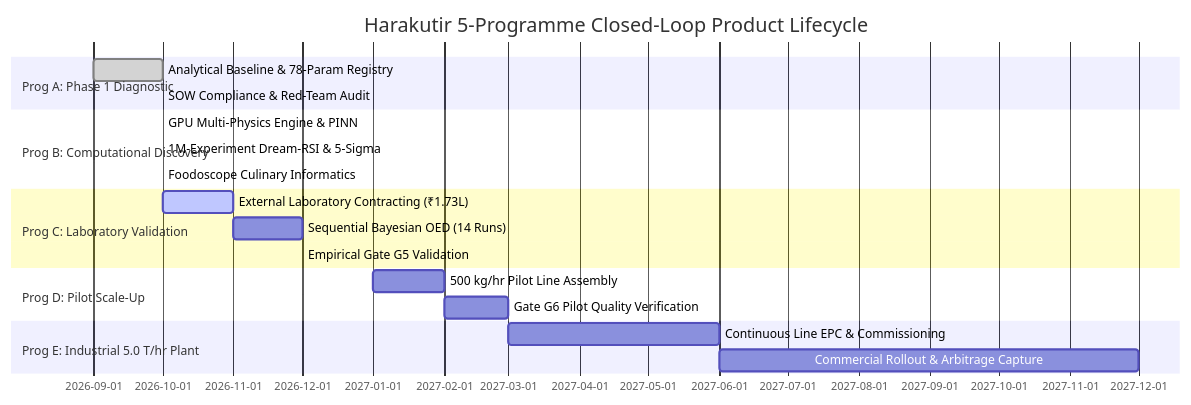
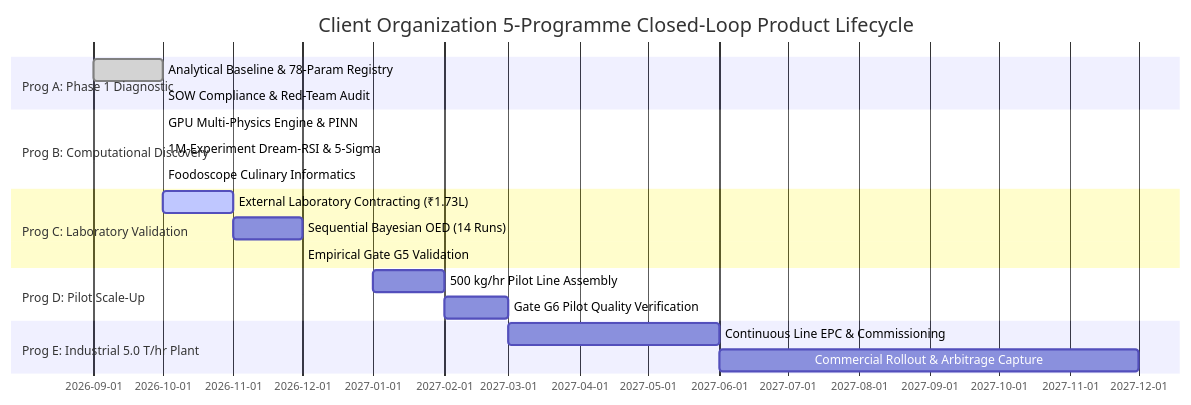
One commit to SourishSenapati/FinnoAQ changed the diagram in toor_dal_optimization/PROJECT_VISION.md. Above: the diagram before and after it, drawn with Mermaid. The commit also changed other lines of this file and 706 other files, not shown here.

````diff
--- a/toor_dal_optimization/PROJECT_VISION.md
+++ b/toor_dal_optimization/PROJECT_VISION.md
@@ -87,22 +87,22 @@
 ```mermaid
 gantt
-    title Harakutir 5-Programme Closed-Loop Product Lifecycle
+    title Client Organization 5-Programme Closed-Loop Product Lifecycle
     dateFormat  YYYY-MM
     section Prog A: Phase 1 Diagnostic
     Analytical Baseline & 78-Param Registry :done, progA1, 2026-09, 2026-10
     SOW Compliance & Red-Team Audit         :done, progA2, 2026-10, 2026-10
     section Prog B: Computational Discovery
     GPU Multi-Physics Engine & PINN         :done, progB1, 2026-10, 2026-10
     1M-Experiment Dream-RSI & 5-Sigma       :done, progB2, 2026-10, 2026-10
     Foodoscope Culinary Informatics         :done, progB3, 2026-10, 2026-10
     section Prog C: Laboratory Validation
     External Laboratory Contracting (₹1.73L):active, progC1, 2026-10, 2026-11
     Sequential Bayesian OED (14 Runs)       :progC2, 2026-11, 2026-12
     Empirical Gate G5 Validation            :progC3, 2026-12, 2026-12
     section Prog D: Pilot Scale-Up
     500 kg/hr Pilot Line Assembly           :progD1, 2027-01, 2027-02
     Gate G6 Pilot Quality Verification      :progD2, 2027-02, 2027-03
     section Prog E: Industrial 5.0 T/hr Plant
     Continuous Line EPC & Commissioning     :progE1, 2027-03, 2027-06
     Commercial Rollout & Arbitrage Capture  :progE2, 2027-06, 2027-12
 ```
````
